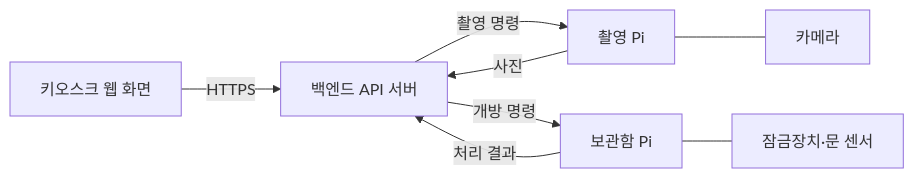
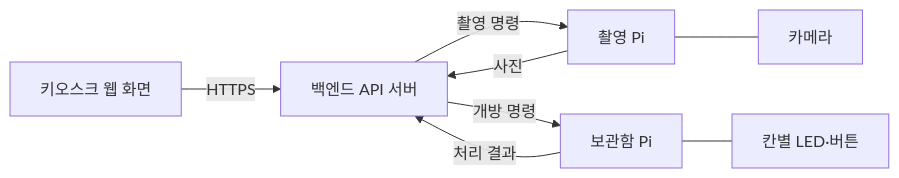
One commit to CloudAIoT/smart-lost-found changed the diagram in raspberry-pi/README.md. Above: the diagram before and after it, drawn with Mermaid. The commit also changed other lines of this file and 2 other files, not shown here.

````diff
--- a/raspberry-pi/README.md
+++ b/raspberry-pi/README.md
@@ -31,10 +32,10 @@
 ```mermaid
 flowchart LR
     Screen[키오스크 웹 화면] -->|HTTPS| Backend[백엔드 API 서버]
     Backend -->|촬영 명령| CapturePi[촬영 Pi]
     CapturePi -->|사진| Backend
     Backend -->|개방 명령| LockerPi[보관함 Pi]
     LockerPi -->|처리 결과| Backend
     CapturePi --- Camera[카메라]
-    LockerPi --- Locker[잠금장치·문 센서]
+    LockerPi --- Locker[칸별 LED·버튼]
 ```
````
